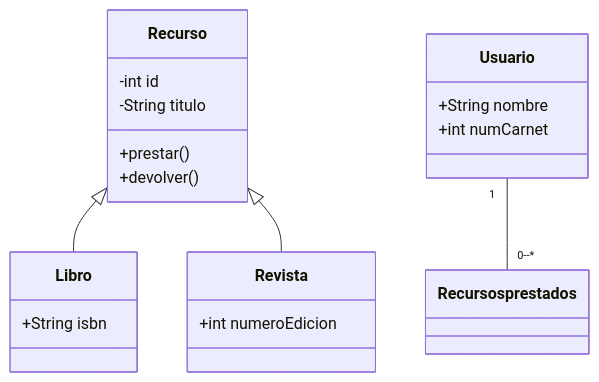
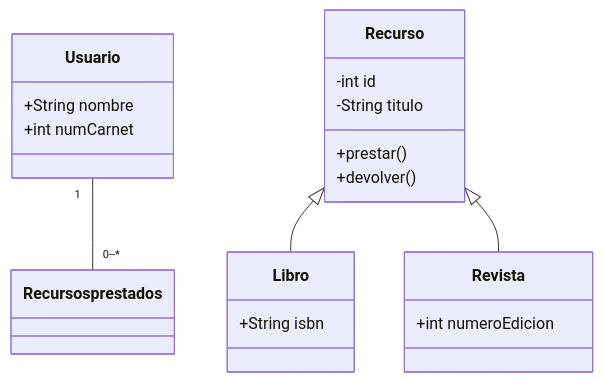
Before and after one commit to abelcm2001/Bateria_de_ejercicios: the sixth of 6 diagrams in README.md, drawn with Mermaid.

Commit message:
Fix formatting in class diagram in README

````diff
--- a/README.md
+++ b/README.md
@@ -107,29 +107,30 @@
 ```mermaid
 
 classDiagram
+    
+    class Usuario {
+    +String nombre
+    +int numCarnet
+    }
+
     class Recurso {
-        -int id
-        -String titulo
-        +prestar()
-        +devolver()
+    -int id
+    -String titulo
+    +prestar()
+    +devolver()
     }
 
     class Libro {
-        +String isbn
+    +String isbn
     }
 
     class Revista {
-        +int numeroEdicion
-    }
-
-    class Usuario {
-        +String nombre
-        +int numCarnet
+    +int numeroEdicion
     }
 
     Recurso <|-- Libro
     Recurso <|-- Revista
-
     Usuario "1" -- "0--*" Recursos prestados
+ 
 
 ```
````
